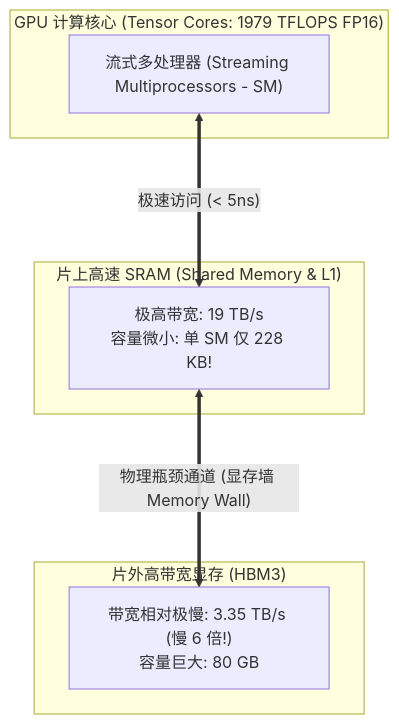
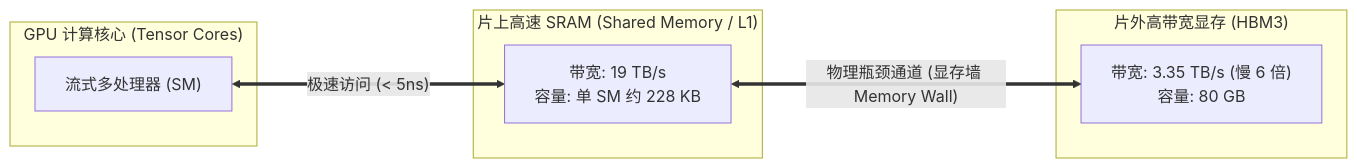
The first of 2 diagrams in content/posts/ai-infrastructure/llm-infra-02-flashattention-tiling-online-softmax.md (MoreConsequence/MoreConsequence.github.io), drawn with Mermaid before and after one commit. The commit also changed other lines of this file and 835 other files, not shown here.

First line of the commit message:
feat(blog): 全站33篇新增深度专栏与博文全量审核上线及矢量图表优化

````diff
--- a/content/posts/ai-infrastructure/llm-infra-02-flashattention-tiling-online-softmax.md
+++ b/content/posts/ai-infrastructure/llm-infra-02-flashattention-tiling-online-softmax.md
@@ -47,17 +41,17 @@
 ```mermaid
-flowchart TD
-    subgraph ComputeCore["GPU 计算核心 (Tensor Cores: 1979 TFLOPS FP16)"]
-        SM["流式多处理器 (Streaming Multiprocessors - SM)"]
+flowchart LR
+    subgraph ComputeCore["GPU 计算核心 (Tensor Cores)"]
+        SM["流式多处理器 (SM)"]
     end
 
-    subgraph SRAMBlock["片上高速 SRAM (Shared Memory & L1)"]
-        SRAM["极高带宽: 19 TB/s<br/>容量微小: 单 SM 仅 228 KB!"]
+    subgraph SRAMBlock["片上高速 SRAM (Shared Memory / L1)"]
+        SRAM["带宽: 19 TB/s<br/>容量: 单 SM 约 228 KB"]
     end
 
     subgraph HBMPool["片外高带宽显存 (HBM3)"]
-        HBM["带宽相对极慢: 3.35 TB/s (慢 6 倍!)<br/>容量巨大: 80 GB"]
+        HBM["带宽: 3.35 TB/s (慢 6 倍)<br/>容量: 80 GB"]
     end
 
     SM <===>|"极速访问 (< 5ns)"| SRAM
     SRAM <===>|"物理瓶颈通道 (显存墙 Memory Wall)"| HBM
 ```
````
